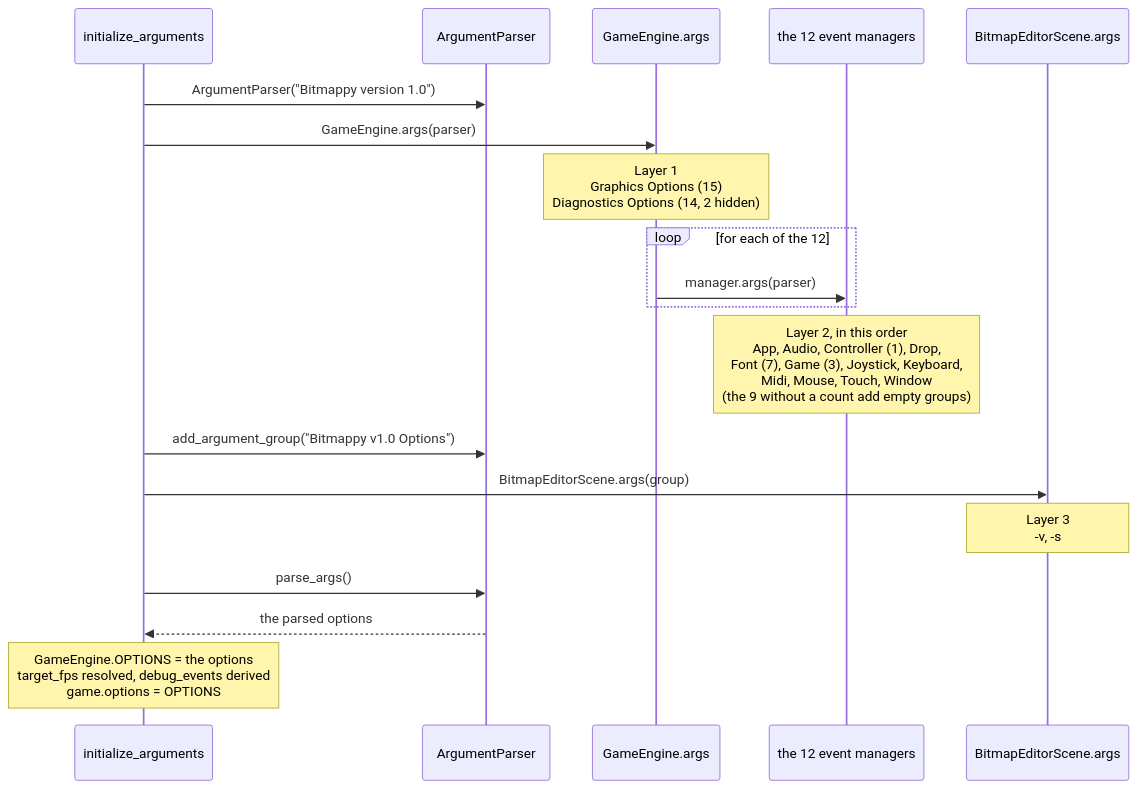
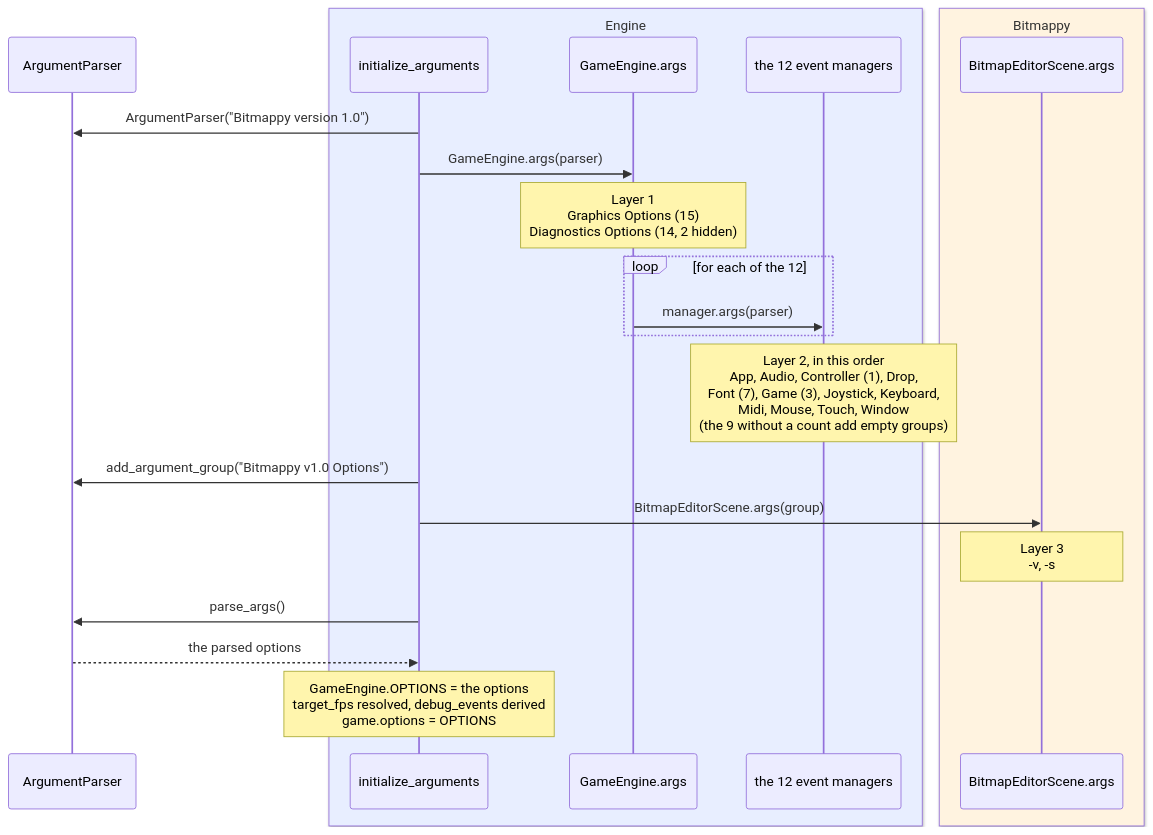
One commit to terrysimons/glitchygames changed the first of 4 diagrams in docs/architecture/argument_system.md. Above: the diagram before and after it, drawn with Mermaid. The commit also changed other lines of this file and 5 other files, not shown here.

First line of the commit message:
Docs: every diagram that mixes engine and game code shows the split

````diff
--- a/docs/architecture/argument_system.md
+++ b/docs/architecture/argument_system.md
@@ -13,22 +14,26 @@
 ```mermaid
 sequenceDiagram
+    participant PARSER as ArgumentParser
+    box rgb(232,238,255) Engine
     participant INIT as initialize_arguments
-    participant PARSER as ArgumentParser
     participant ENGINE as GameEngine.args
     participant MANAGERS as the 12 event managers
+    end
+    box rgb(255,243,224) Bitmappy
     participant GAME as BitmapEditorScene.args
+    end
 
     INIT->>PARSER: ArgumentParser("Bitmappy version 1.0")
     INIT->>ENGINE: GameEngine.args(parser)
     Note over ENGINE: Layer 1<br/>Graphics Options (15)<br/>Diagnostics Options (14, 2 hidden)
     loop for each of the 12
         ENGINE->>MANAGERS: manager.args(parser)
     end
     Note over MANAGERS: Layer 2, in this order<br/>App, Audio, Controller (1), Drop,<br/>Font (7), Game (3), Joystick, Keyboard,<br/>Midi, Mouse, Touch, Window<br/>(the 9 without a count add empty groups)
     INIT->>PARSER: add_argument_group("Bitmappy v1.0 Options")
     INIT->>GAME: BitmapEditorScene.args(group)
     Note over GAME: Layer 3<br/>-v, -s
     INIT->>PARSER: parse_args()
     PARSER-->>INIT: the parsed options
     Note over INIT: GameEngine.OPTIONS = the options<br/>target_fps resolved, debug_events derived<br/>game.options = OPTIONS
 ```
````
